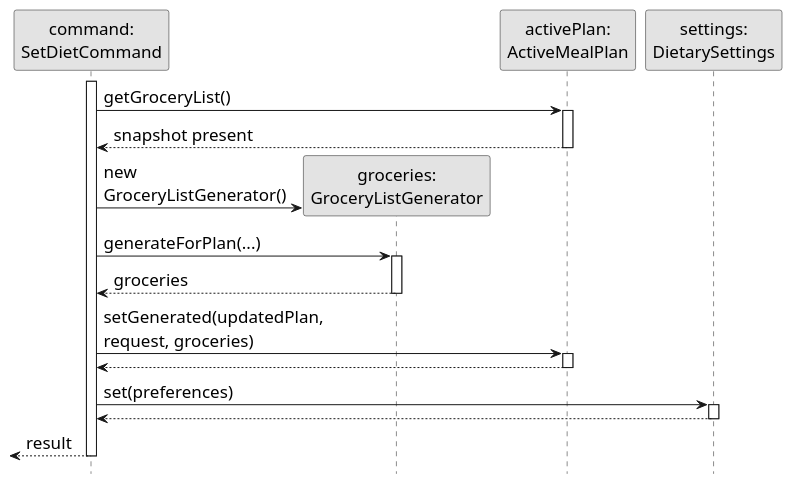
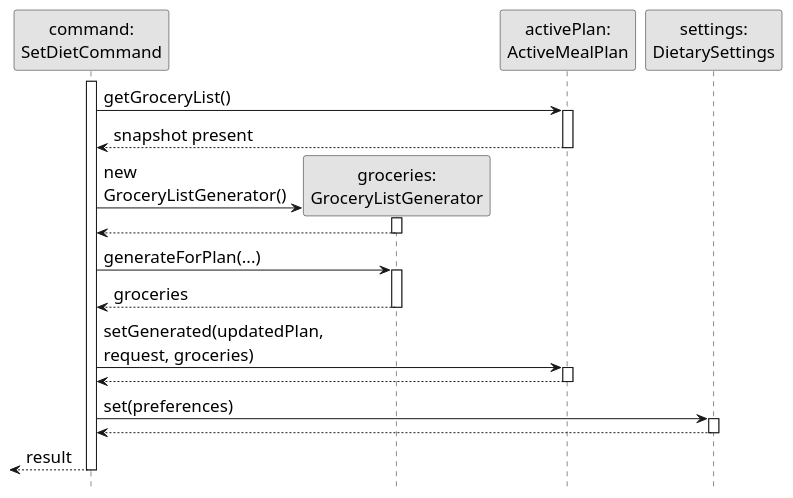
Before and after one commit to AY2627S1-CS2113-W13-4/tp: the diagram in docs/diagrams/dietary/execution.puml, drawn with PlantUML. The commit also changed 6 other files, not shown here.

First line of the commit message:
docs: align dietary sequence diagrams with course UML conventions

```diff
--- a/docs/diagrams/dietary/execution.puml
+++ b/docs/diagrams/dietary/execution.puml
@@ -1,34 +1,38 @@
 @startuml
 skinparam backgroundColor white
 skinparam defaultFontName SansSerif
 skinparam defaultFontSize 17
 skinparam shadowing false
 skinparam monochrome true
 hide footbox
-' Keep the constructor label between the caller and the created participant.
+' Constructor creation reaches the object box; its activation starts below the box.
+' Solid filled call arrows and dashed returns follow the course notation.
 participant "command:\nSetDietCommand" as C
 participant "groceries:\nGroceryListGenerator" as G
 participant "activePlan:\nActiveMealPlan" as A
 participant "settings:\nDietarySettings" as S
 activate C
 C -> A : getGroceryList()
 activate A
 A --> C : snapshot present
 deactivate A
 create G
 C -> G : new\nGroceryListGenerator()
+activate G
+G --> C
+deactivate G
 C -> G : generateForPlan(...)
 activate G
 G --> C : groceries
 deactivate G
 C -> A : setGenerated(updatedPlan,\nrequest, groceries)
 activate A
 A --> C
 deactivate A
 C -> S : set(preferences)
 activate S
 S --> C
 deactivate S
 C -->[ : result
 deactivate C
 @enduml
```
